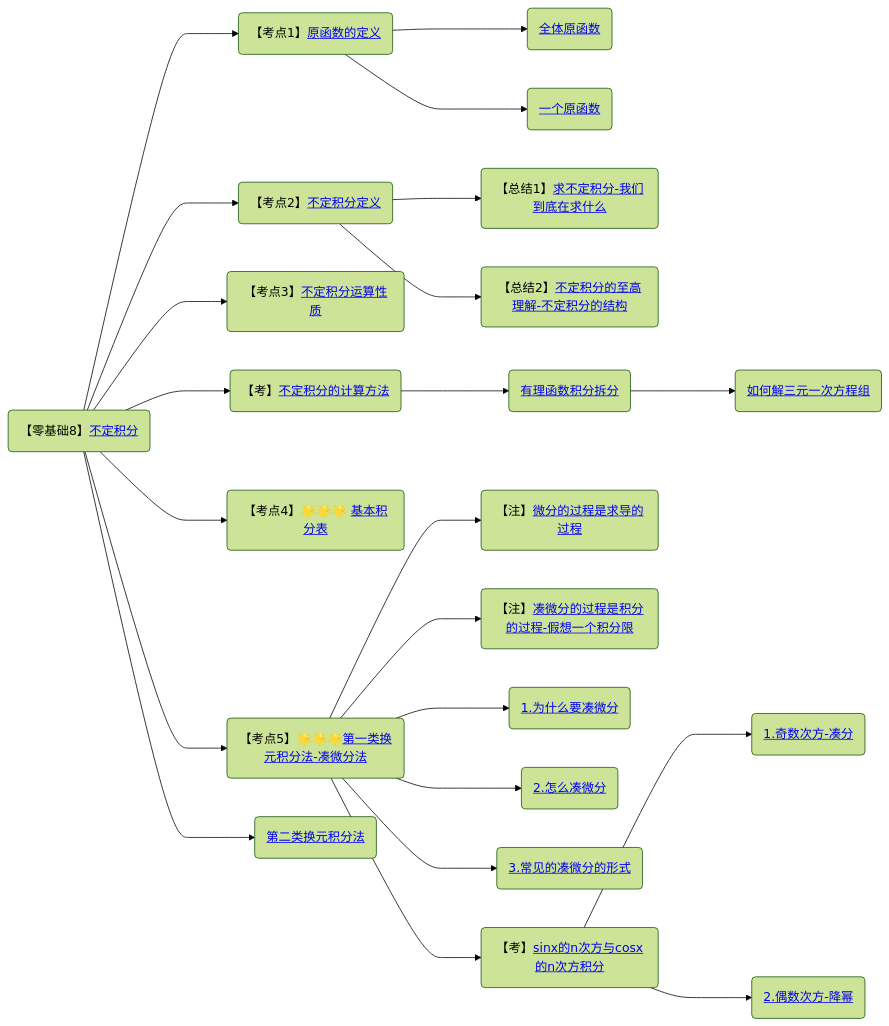
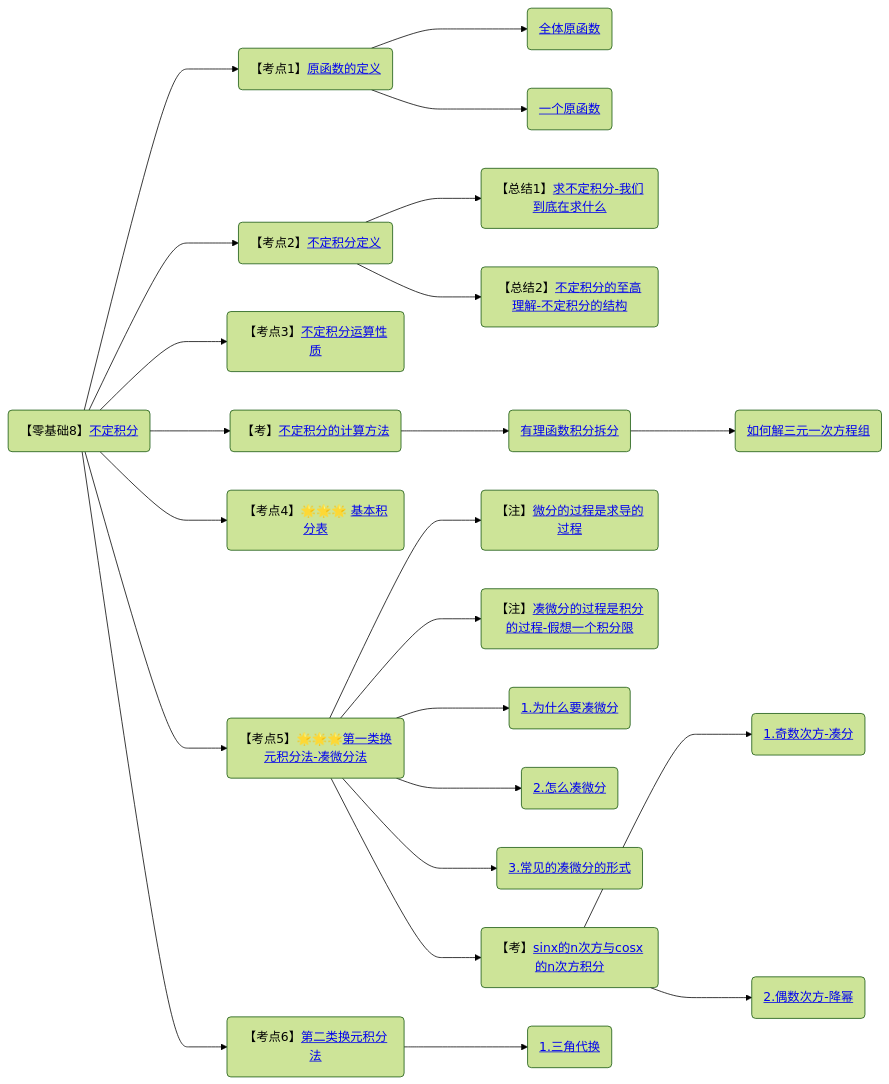
Before and after one commit to yuebinghui/note: the tenth of 11 diagrams in 笔记/数学/周洋鑫/框架.md, drawn with Mermaid (forest theme). The commit also changed 5 other files, not shown here.

````diff
--- a/笔记/数学/周洋鑫/框架.md
+++ b/笔记/数学/周洋鑫/框架.md
@@ -301,33 +301,34 @@
 ```mermaid
 graph LR
 
 不定积分(【零基础8】<a target="_blank"  href="/Users/yuebinghui/Documents/program/github/note/笔记/数学/周洋鑫/13.零基础核心考点精讲12-1.md#不定积分">不定积分</>)
 
 不定积分--->原函数的定义(【考点1】<a  href="/Users/yuebinghui/Documents/program/github/note/笔记/数学/周洋鑫/13.零基础核心考点精讲12-1.md#原函数的定义">原函数的定义</>)
 原函数的定义--->全体原函数(<a target="_blank"  href="/Users/yuebinghui/Documents/program/github/note/笔记/数学/周洋鑫/13.零基础核心考点精讲12-1.md#全体原函数">全体原函数</>)
 原函数的定义--->一个原函数(<a target="_blank"  href="/Users/yuebinghui/Documents/program/github/note/笔记/数学/周洋鑫/13.零基础核心考点精讲12-1.md#一个原函数">一个原函数</>)
 
 不定积分--->不定积分定义(【考点2】<a target="_blank"  href="/Users/yuebinghui/Documents/program/github/note/笔记/数学/周洋鑫/13.零基础核心考点精讲12-1.md#不定积分定义">不定积分定义</>)
 不定积分定义--->求不定积分-我们到底在求什么(【总结1】<a target="_blank"  href="/Users/yuebinghui/Documents/program/github/note/笔记/数学/周洋鑫/13.零基础核心考点精讲12-1.md#求不定积分-我们到底在求什么">求不定积分-我们到底在求什么</>)
 不定积分定义--->不定积分的至高理解-不定积分的结构(【总结2】<a target="_blank"  href="/Users/yuebinghui/Documents/program/github/note/笔记/数学/周洋鑫/13.零基础核心考点精讲12-1.md#不定积分的至高理解-不定积分的结构">不定积分的至高理解-不定积分的结构</>)
 
 不定积分--->不定积分运算性质(【考点3】<a target="_blank"  href="/Users/yuebinghui/Documents/program/github/note/笔记/数学/周洋鑫/13.零基础核心考点精讲12-1.md#不定积分运算性质">不定积分运算性质</>)
 
 不定积分--->不定积分的计算方法(【考】<a target="_blank"  href="/Users/yuebinghui/Documents/program/github/note/笔记/数学/周洋鑫/13.零基础核心考点精讲12-1.md#不定积分的计算方法">不定积分的计算方法</>)
 不定积分的计算方法--->有理函数积分拆分(<a target="_blank"  href="/Users/yuebinghui/Documents/program/github/note/笔记/数学/周洋鑫/13.零基础核心考点精讲12-1.md#有理函数积分拆分">有理函数积分拆分</>)
 有理函数积分拆分--->如何解三元一次方程组(<a target="_blank"  href="/Users/yuebinghui/Documents/program/github/note/笔记/数学/周洋鑫/13.零基础核心考点精讲12-1.md#如何解三元一次方程组">如何解三元一次方程组</>)
 
 不定积分--->基本积分表(【考点4】🌟🌟🌟 <a target="_blank"  href="/Users/yuebinghui/Documents/program/github/note/笔记/数学/周洋鑫/13.零基础核心考点精讲12-1.md#基本积分表">基本积分表</>)
 
 不定积分--->第一类换元积分法-凑微分法(【考点5】🌟🌟🌟<a target="_blank"  href="/Users/yuebinghui/Documents/program/github/note/笔记/数学/周洋鑫/13.零基础核心考点精讲12-1.md#第一类换元积分法-凑微分法">第一类换元积分法-凑微分法</>)
 第一类换元积分法-凑微分法--->微分的过程是求导的过程(【注】<a target="_blank"  href="/Users/yuebinghui/Documents/program/github/note/笔记/数学/周洋鑫/13.零基础核心考点精讲12-1.md#微分的过程是求导的过程">微分的过程是求导的过程</>)
 第一类换元积分法-凑微分法--->凑微分的过程是积分的过程-假想一个积分限(【注】<a  target="_blank" href="/Users/yuebinghui/Documents/program/github/note/笔记/数学/周洋鑫/13.零基础核心考点精讲12-1.md#凑微分的过程是积分的过程-假想一个积分限">凑微分的过程是积分的过程-假想一个积分限</>)
 第一类换元积分法-凑微分法--->1.为什么要凑微分(<a target="_blank"  href="/Users/yuebinghui/Documents/program/github/note/笔记/数学/周洋鑫/13.零基础核心考点精讲12-1.md#1.为什么要凑微分">1.为什么要凑微分</>)
 第一类换元积分法-凑微分法--->2.怎么凑微分(<a target="_blank"  href="/Users/yuebinghui/Documents/program/github/note/笔记/数学/周洋鑫/13.零基础核心考点精讲12-1.md#2.怎么凑微分">2.怎么凑微分</>)
 第一类换元积分法-凑微分法--->3.常见的凑微分的形式(<a href="/Users/yuebinghui/Documents/program/github/note/笔记/数学/周洋鑫/13.零基础核心考点精讲12-1.md#3.常见的凑微分的形式">3.常见的凑微分的形式</>)
 第一类换元积分法-凑微分法--->sinx的n次方与cosx的n次方积分(【考】<a href="/Users/yuebinghui/Documents/program/github/note/笔记/数学/周洋鑫/14.零基础核心考点精讲13-1.md#sinx的n次方与cosx的n次方积分">sinx的n次方与cosx的n次方积分</>)
 sinx的n次方与cosx的n次方积分--->1.奇数次方-凑分(<a href="/Users/yuebinghui/Documents/program/github/note/笔记/数学/周洋鑫/14.零基础核心考点精讲13-1.md#1.奇数次方-凑分">1.奇数次方-凑分</>)
 sinx的n次方与cosx的n次方积分--->2.偶数次方-降幂(<a href="/Users/yuebinghui/Documents/program/github/note/笔记/数学/周洋鑫/14.零基础核心考点精讲13-1.md#2.偶数次方-降幂">2.偶数次方-降幂</>)
 
-不定积分---> 第二类换元积分法(<a href="/Users/yuebinghui/Documents/program/github/note/笔记/数学/周洋鑫/14.零基础核心考点精讲13-1.md#第二类换元积分法">第二类换元积分法</>)
+不定积分---> 第二类换元积分法(【考点6】<a href="/Users/yuebinghui/Documents/program/github/note/笔记/数学/周洋鑫/14.零基础核心考点精讲13-1.md#第二类换元积分法">第二类换元积分法</>)
+第二类换元积分法---> 1.三角代换(<a href="/Users/yuebinghui/Documents/program/github/note/笔记/数学/周洋鑫/14.零基础核心考点精讲13-1.md#1.三角代换">1.三角代换</>)
 ```
````
